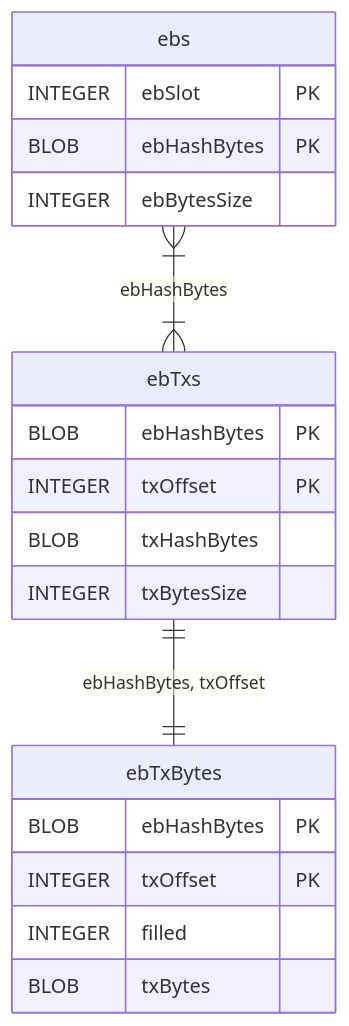
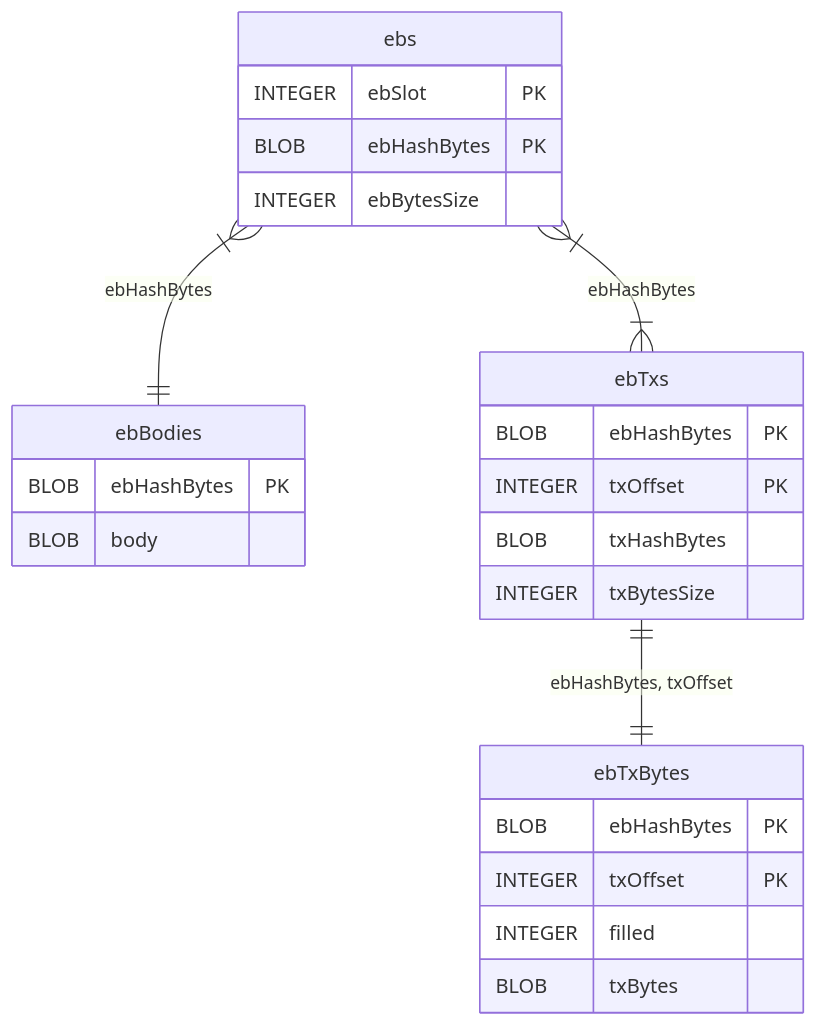
One commit to IntersectMBO/ouroboros-consensus changed the third of 3 diagrams in docs/website/contents/explanations/leiosdb.md. Above: the diagram before and after it, drawn with Mermaid. The commit also changed other lines of this file and 17 other files, not shown here.

````diff
--- a/docs/website/contents/explanations/leiosdb.md
+++ b/docs/website/contents/explanations/leiosdb.md
@@ -83,23 +89,28 @@
 ```mermaid
 erDiagram
     ebs {
         INTEGER ebSlot PK
         BLOB ebHashBytes PK
         INTEGER ebBytesSize
+    }
+    ebBodies {
+        BLOB ebHashBytes PK
+        BLOB body
     }
     ebTxs {
         BLOB ebHashBytes PK
         INTEGER txOffset PK
         BLOB txHashBytes
         INTEGER txBytesSize
     }
     ebTxBytes {
         BLOB ebHashBytes PK
         INTEGER txOffset PK
         INTEGER filled
         BLOB txBytes
     }
 
+    ebs }|--|| ebBodies : "ebHashBytes"
     ebs }|--|{ ebTxs : "ebHashBytes"
     ebTxs ||--|| ebTxBytes : "ebHashBytes, txOffset"
 ```
````
